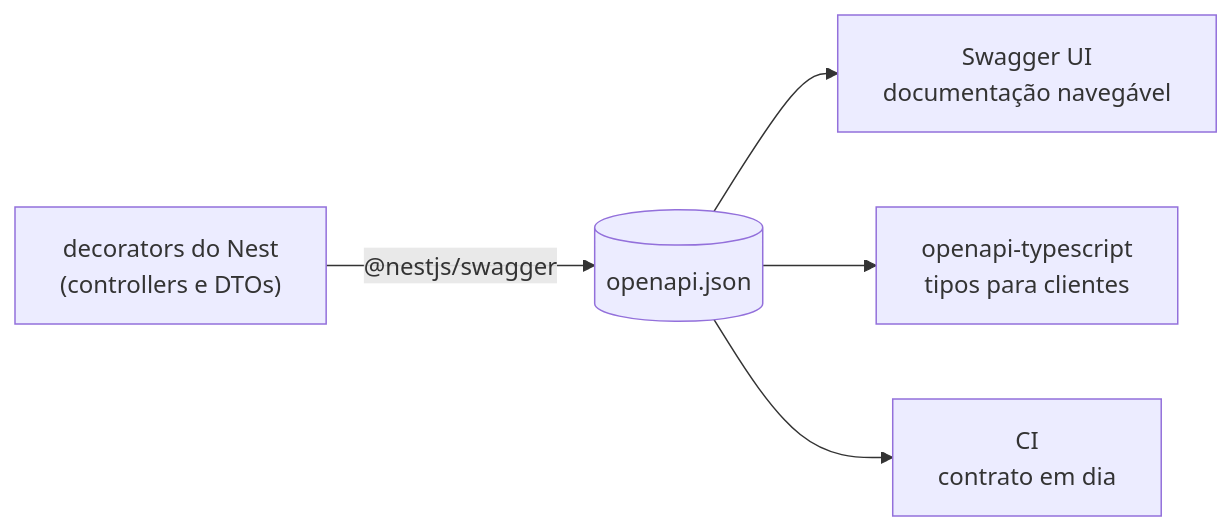
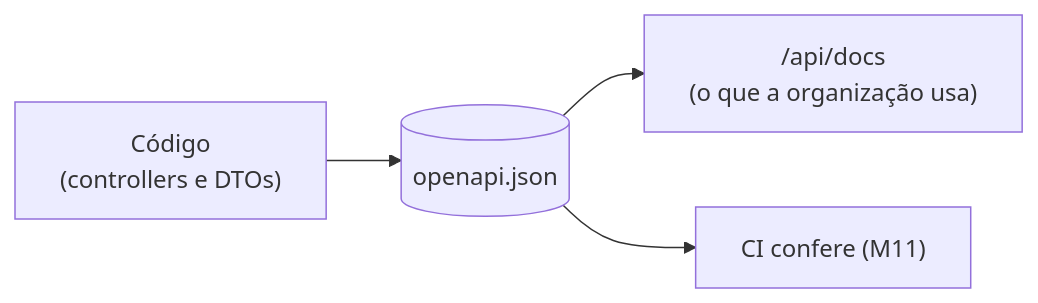
Before and after one commit to heliobentzen/dpw: the third of 3 diagrams in modulos/02-arquitetura-desacoplada/README.md, drawn with Mermaid. The commit also changed other lines of this file and 78 other files, not shown here.

````diff
--- a/modulos/02-arquitetura-desacoplada/README.md
+++ b/modulos/02-arquitetura-desacoplada/README.md
@@ -294,7 +144,6 @@
 ```mermaid
 flowchart LR
-    D["decorators do Nest<br/>(controllers e DTOs)"] -- "@nestjs/swagger" --> O[("openapi.json")]
-    O --> S["Swagger UI<br/>documentação navegável"]
-    O --> T["openapi-typescript<br/>tipos para clientes"]
-    O --> CI["CI<br/>contrato em dia"]
+    D["Código<br/>(controllers e DTOs)"] --> O[("openapi.json")]
+    O --> S["/api/docs<br/>(o que a organização usa)"]
+    O --> CI["CI confere (M11)"]
 ```
````
